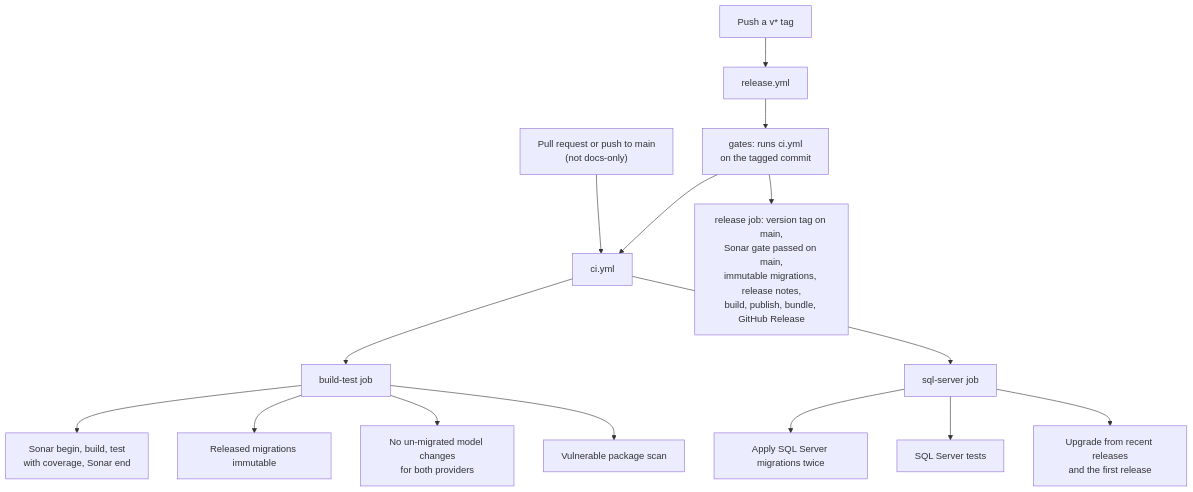
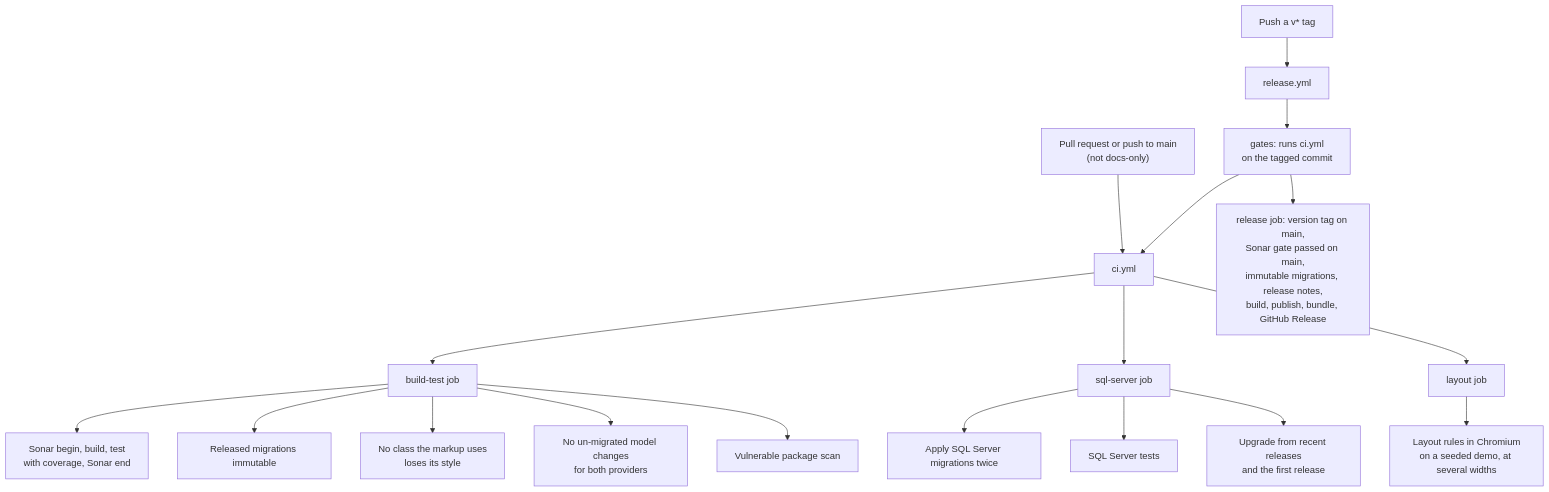
Before and after one commit to jashley92/Tide: the second of 2 diagrams in docs/development/testing.md, drawn with Mermaid. The commit also changed other lines of this file and 6 other files, not shown here.

First line of the commit message:
Guard the layout in CI: no class loses its style, and layout rules checked in a browser (#156)

````diff
--- a/docs/development/testing.md
+++ b/docs/development/testing.md
@@ -292,17 +292,20 @@
 ```mermaid
 flowchart TD
     PR["Pull request or push to main<br/>(not docs-only)"] --> CI["ci.yml"]
     Tag["Push a v* tag"] --> REL["release.yml"]
     REL --> G["gates: runs ci.yml<br/>on the tagged commit"]
     G --> CI
     CI --> BT["build-test job"]
     CI --> SQL["sql-server job"]
+    CI --> LAY["layout job"]
     BT --> B1["Sonar begin, build, test<br/>with coverage, Sonar end"]
     BT --> B2["Released migrations immutable"]
+    BT --> B5["No class the markup uses<br/>loses its style"]
     BT --> B3["No un-migrated model changes<br/>for both providers"]
     BT --> B4["Vulnerable package scan"]
     SQL --> S1["Apply SQL Server migrations twice"]
     SQL --> S2["SQL Server tests"]
     SQL --> S3["Upgrade from recent releases<br/>and the first release"]
+    LAY --> L1["Layout rules in Chromium<br/>on a seeded demo, at several widths"]
     G --> R["release job: version tag on main,<br/>Sonar gate passed on main,<br/>immutable migrations, release notes,<br/>build, publish, bundle, GitHub Release"]
 ```
````
